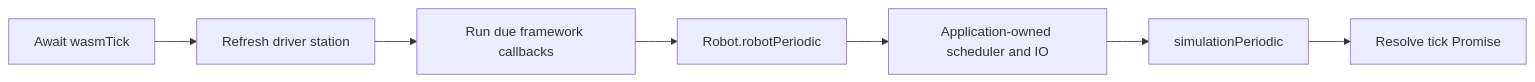
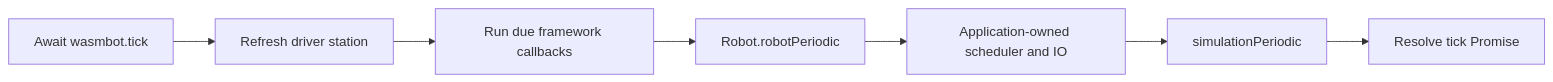
The diagram in README.md (frcvan/wasmbot), drawn with Mermaid before and after one commit. The commit also changed other lines of this file and 16 other files, not shown here.

````diff
--- a/README.md
+++ b/README.md
@@ -104,9 +104,9 @@
 ```mermaid
 flowchart LR
-    Host[Await wasmTick] --> DS[Refresh driver station]
+    Host[Await wasmbot.tick] --> DS[Refresh driver station]
     DS --> Due[Run due framework callbacks]
     Due --> RP[Robot.robotPeriodic]
     RP --> App[Application-owned scheduler and IO]
     App --> Sim[simulationPeriodic]
     Sim --> Done[Resolve tick Promise]
 ```
````
